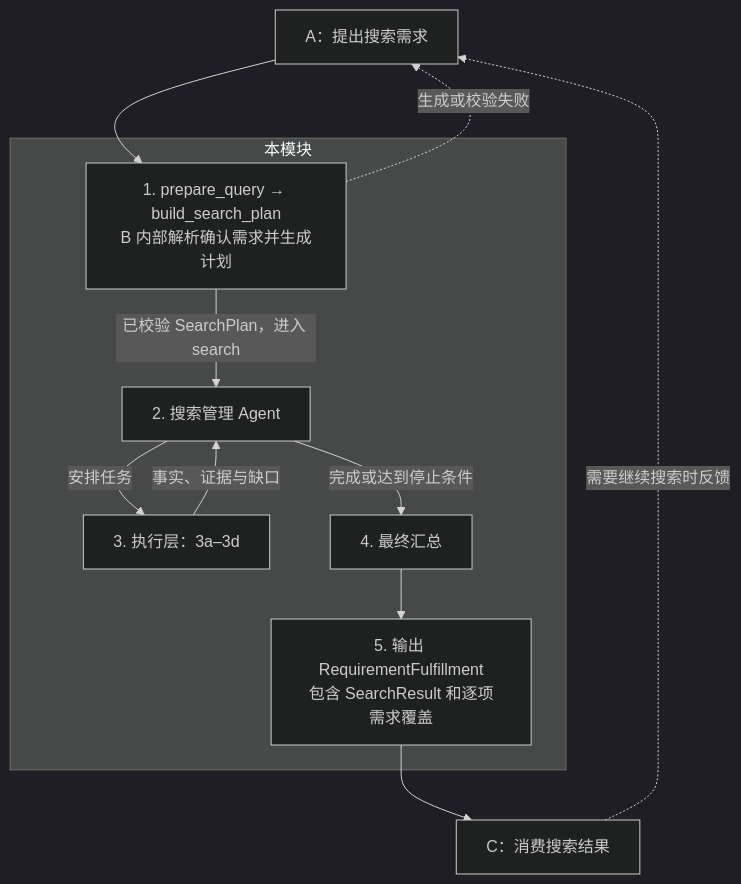
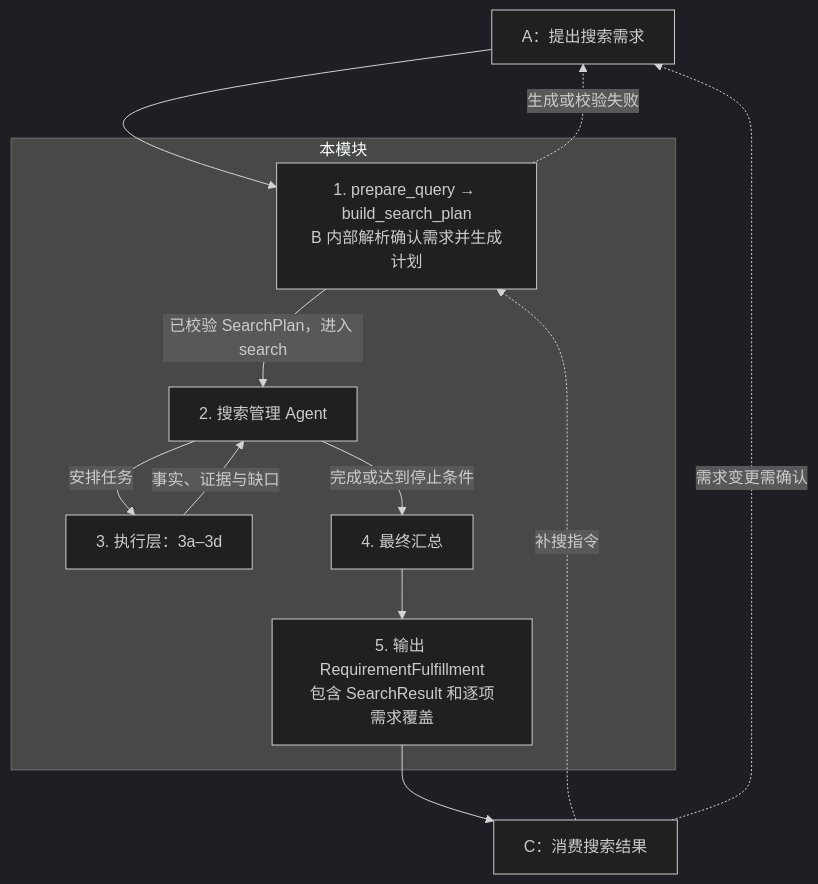
Before and after one commit to aksrrtpchsiung-max/Staylah: the diagram in 模块设计.md, drawn with Mermaid (dark theme). The commit also changed other lines of this file and 29 other files, not shown here.

````diff
--- a/模块设计.md
+++ b/模块设计.md
@@ -3,14 +14,15 @@
 ```mermaid
 flowchart TD
     A["A：提出搜索需求"] --> P
     subgraph S["本模块"]
         P["1. prepare_query → build_search_plan<br/>B 内部解析确认需求并生成计划"] -->|已校验 SearchPlan，进入 search| M
         M["2. 搜索管理 Agent"] -->|安排任务| E["3. 执行层：3a–3d"]
         E -->|事实、证据与缺口| M
         M -->|完成或达到停止条件| F["4. 最终汇总"]
         F --> O["5. 输出 RequirementFulfillment<br/>包含 SearchResult 和逐项需求覆盖"]
     end
     P -.生成或校验失败.-> A
     O --> C["C：消费搜索结果"]
-    C -.需要继续搜索时反馈.-> A
+    C -.补搜指令.-> P
+    C -.需求变更需确认.-> A
 ```
````
